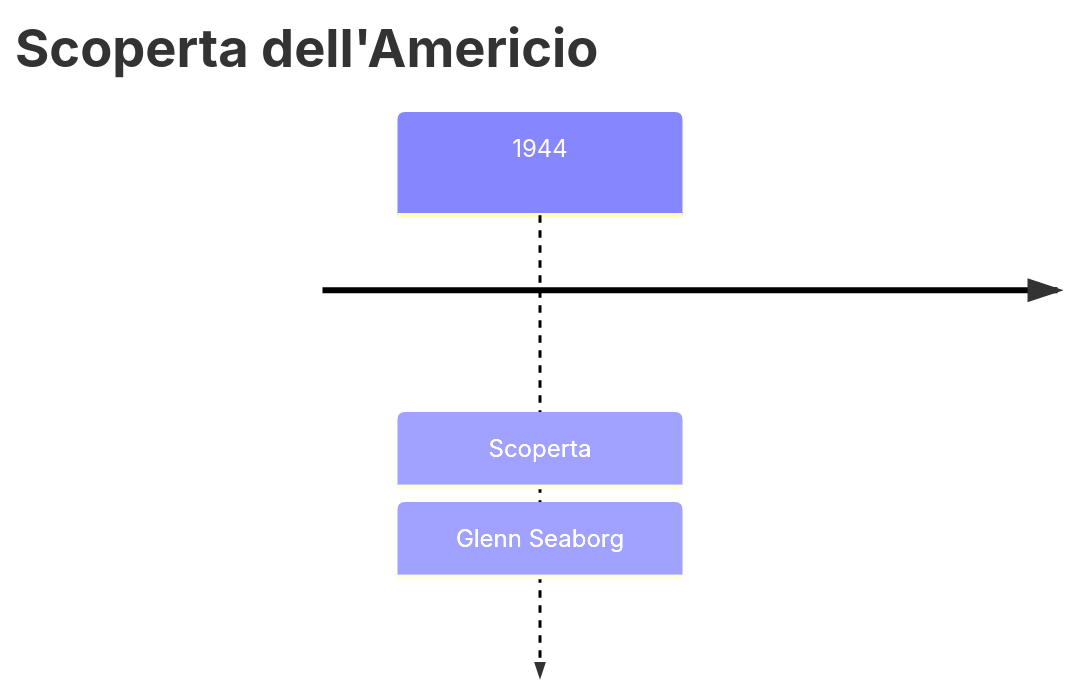
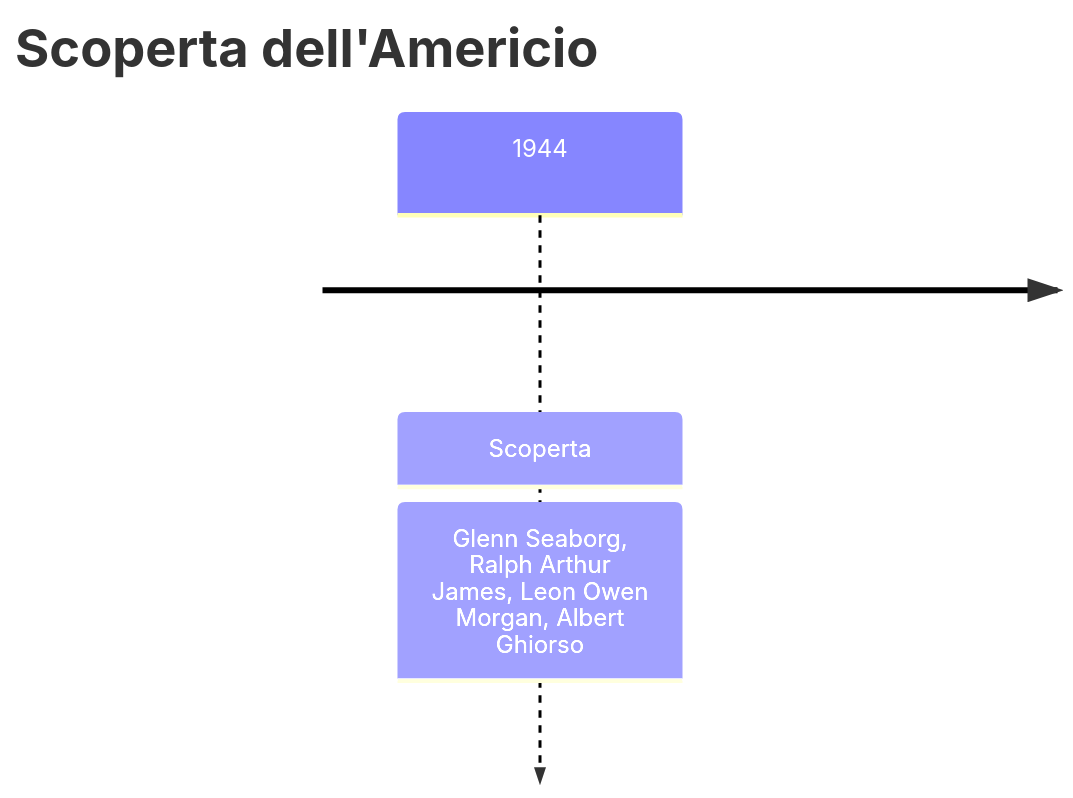
The first of 3 diagrams in vault/Elementi/Americio.md (gianlucaciarcelluti/elements-caos), drawn with Mermaid before and after one commit. The commit also changed other lines of this file and 10 other files, not shown here.

````diff
--- a/vault/Elementi/Americio.md
+++ b/vault/Elementi/Americio.md
@@ -28,5 +28,5 @@
 ```mermaid
 timeline
     title Scoperta dell'Americio
-    1944 : Scoperta : Glenn Seaborg
+    1944 : Scoperta : Glenn Seaborg, Ralph Arthur James, Leon Owen Morgan, Albert Ghiorso
 ```
````
